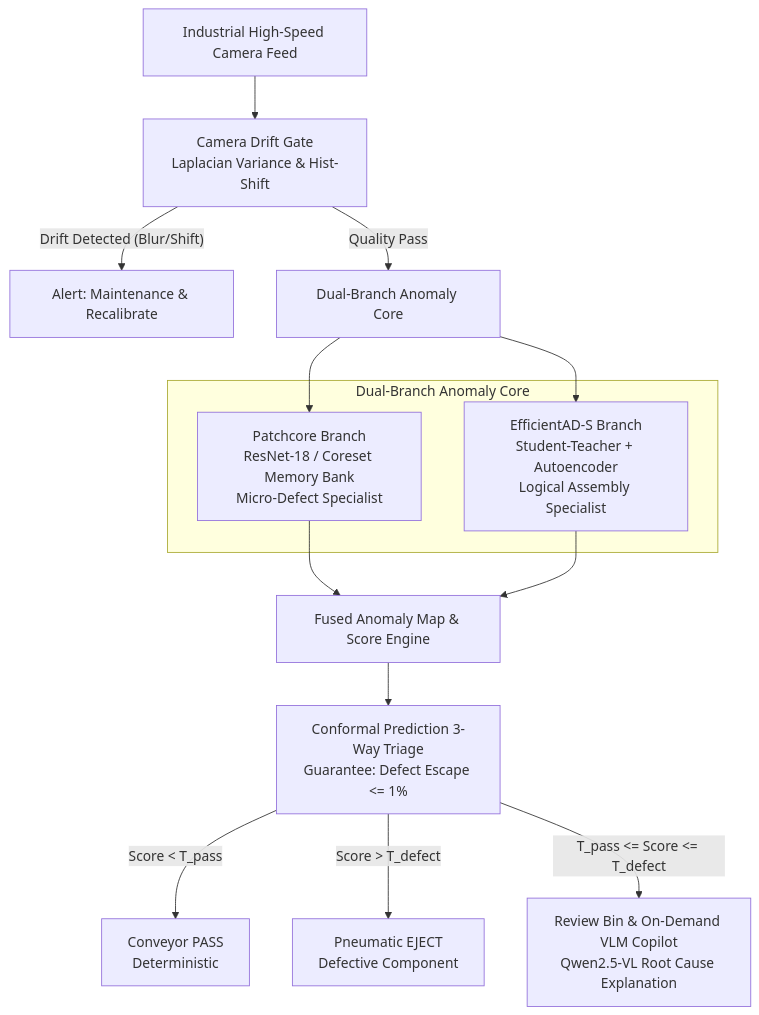
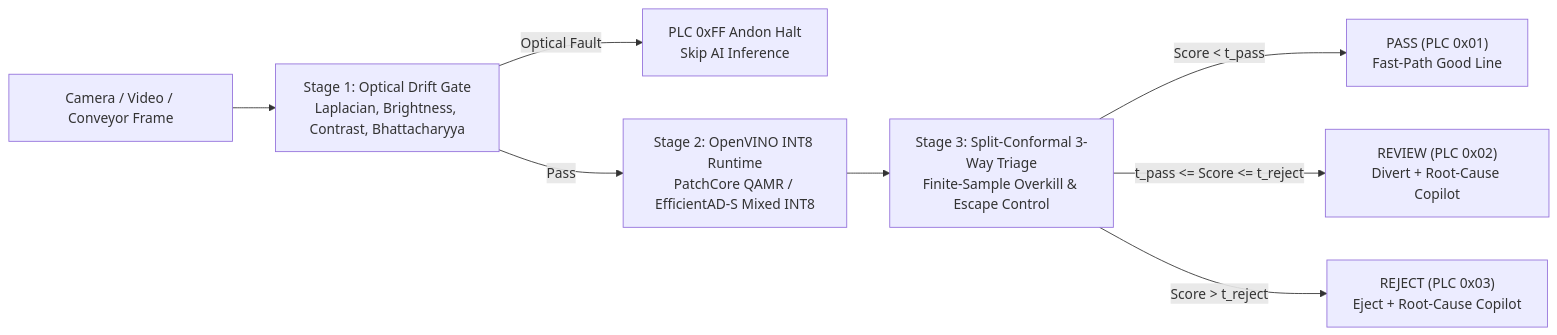
One commit to kietnguyenx/edgelogic-aoi changed the diagram in README.md. Above: the diagram before and after it, drawn with Mermaid. The commit also changed other lines of this file and 40 other files, not shown here.

Commit message:
feat: complete EdgeLogic-AOI v1 (NNCF/QAMR INT8, Safety Layer, Workbench, C++17 Edge Engine, Docker, PyTest)

````diff
--- a/README.md
+++ b/README.md
@@ -24,20 +17,10 @@
 ```mermaid
-flowchart TD
-    A[Industrial High-Speed Camera Feed] --> B[Camera Drift Gate\nLaplacian Variance & Hist-Shift]
-    B -- "Drift Detected (Blur/Shift)" --> C[Alert: Maintenance & Recalibrate]
-    B -- "Quality Pass" --> D[Dual-Branch Anomaly Core]
-    
-    subgraph Dual-Branch Anomaly Core
-        D1[Patchcore Branch\nResNet-18 / Coreset Memory Bank\nMicro-Defect Specialist]
-        D2[EfficientAD-S Branch\nStudent-Teacher + Autoencoder\nLogical Assembly Specialist]
-    end
-    D --> D1
-    D --> D2
-
-    D1 & D2 --> E[Fused Anomaly Map & Score Engine]
-    E --> F[Conformal Prediction 3-Way Triage\nGuarantee: Defect Escape <= 1%]
-    
-    F -->|Score < T_pass| G1[Conveyor PASS\nDeterministic]
-    F -->|Score > T_defect| G2[Pneumatic EJECT\nDefective Component]
-    F -->|T_pass <= Score <= T_defect| G3[Review Bin & On-Demand VLM Copilot\nQwen2.5-VL Root Cause Explanation]
+flowchart LR
+    A["Camera / Video / Conveyor Frame"] --> B["Stage 1: Optical Drift Gate\nLaplacian, Brightness, Contrast, Bhattacharyya"]
+    B -- "Optical Fault" --> C["PLC 0xFF Andon Halt\nSkip AI Inference"]
+    B -- "Pass" --> D["Stage 2: OpenVINO INT8 Runtime\nPatchCore QAMR / EfficientAD-S Mixed INT8"]
+    D --> E["Stage 3: Split-Conformal 3-Way Triage\nFinite-Sample Overkill & Escape Control"]
+    E -- "Score < t_pass" --> F1["PASS (PLC 0x01)\nFast-Path Good Line"]
+    E -- "t_pass <= Score <= t_reject" --> F2["REVIEW (PLC 0x02)\nDivert + Root-Cause Copilot"]
+    E -- "Score > t_reject" --> F3["REJECT (PLC 0x03)\nEject + Root-Cause Copilot"]
 ```
````
